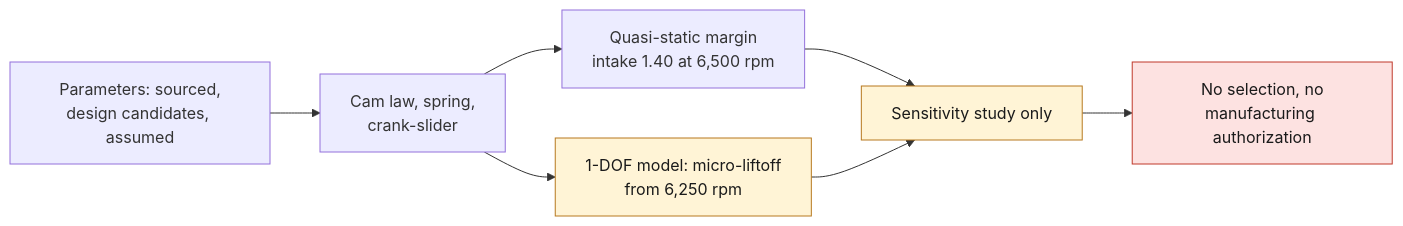
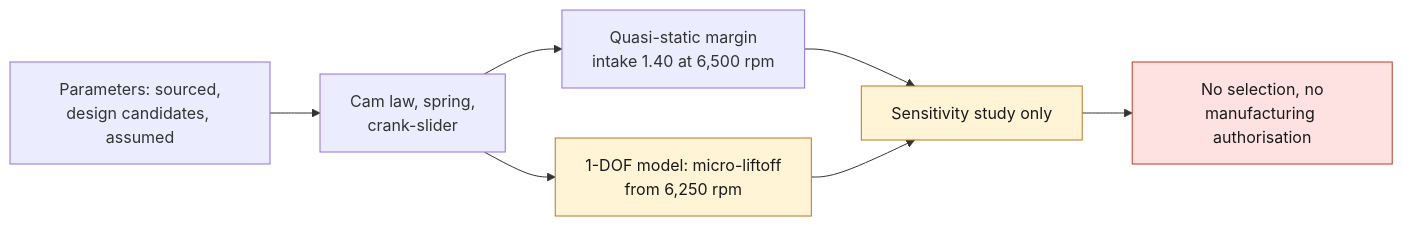
The diagram in docs/reports/M64_V1_VALVETRAIN_20260914.md (cluster2600/porscheparts), drawn with Mermaid before and after one commit. The commit also changed other lines of this file and 480 other files, not shown here.

````diff
--- a/docs/reports/M64_V1_VALVETRAIN_20260914.md
+++ b/docs/reports/M64_V1_VALVETRAIN_20260914.md
@@ -15,13 +15,13 @@
 ```mermaid
 flowchart LR
     A["Parameters: sourced,<br/>design candidates, assumed"] --> B["Cam law, spring,<br/>crank-slider"]
     B --> C["Quasi-static margin<br/>intake 1.40 at 6,500 rpm"]
     B --> D["1-DOF model: micro-liftoff<br/>from 6,250 rpm"]
     C --> E["Sensitivity study only"]
     D --> E
-    E --> F["No selection, no<br/>manufacturing authorization"]
+    E --> F["No selection, no<br/>manufacturing authorisation"]
     classDef stop fill:#fde2e1,stroke:#c0392b,color:#1a1a1a;
     classDef open fill:#fff4d6,stroke:#b7791f,color:#1a1a1a;
     class D,E open;
     class F stop;
 ```
````
